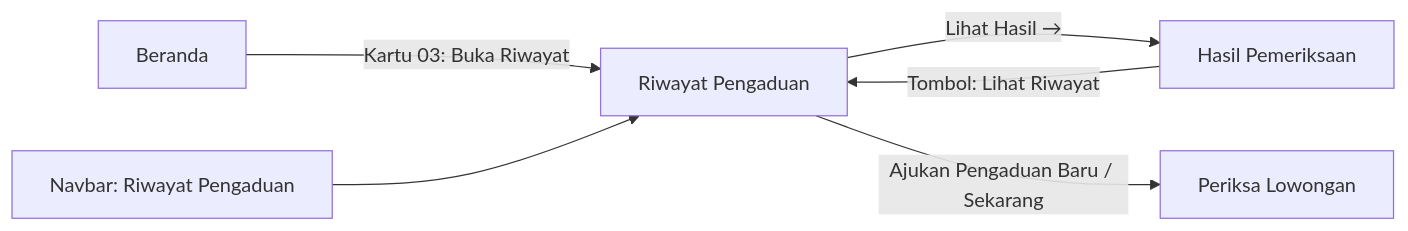
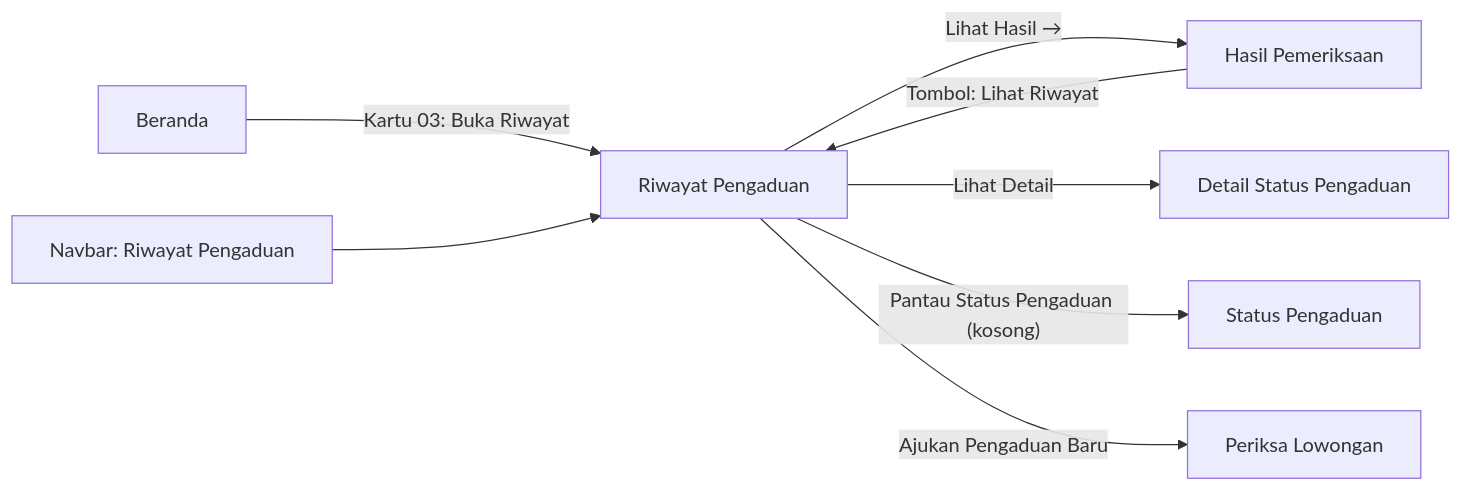
The diagram in docs/ui-riwayat-pengaduan.md (AgilePemdigi-2026/LokerLens), drawn with Mermaid before and after one commit. The commit also changed other lines of this file and 8 other files, not shown here.

````diff
--- a/docs/ui-riwayat-pengaduan.md
+++ b/docs/ui-riwayat-pengaduan.md
@@ -147,8 +149,10 @@
 ```mermaid
 flowchart LR
     BER[Beranda] -- "Kartu 03: Buka Riwayat" --> RP[Riwayat Pengaduan]
     HP[Hasil Pemeriksaan] -- "Tombol: Lihat Riwayat" --> RP
     NAV[Navbar: Riwayat Pengaduan] --> RP
     RP -- "Lihat Hasil →" --> HP
-    RP -- "Ajukan Pengaduan Baru / Sekarang" --> PL[Periksa Lowongan]
+    RP -- "Lihat Detail" --> SD[Detail Status Pengaduan]
+    RP -- "Pantau Status Pengaduan (kosong)" --> SP[Status Pengaduan]
+    RP -- "Ajukan Pengaduan Baru" --> PL[Periksa Lowongan]
 ```
````
